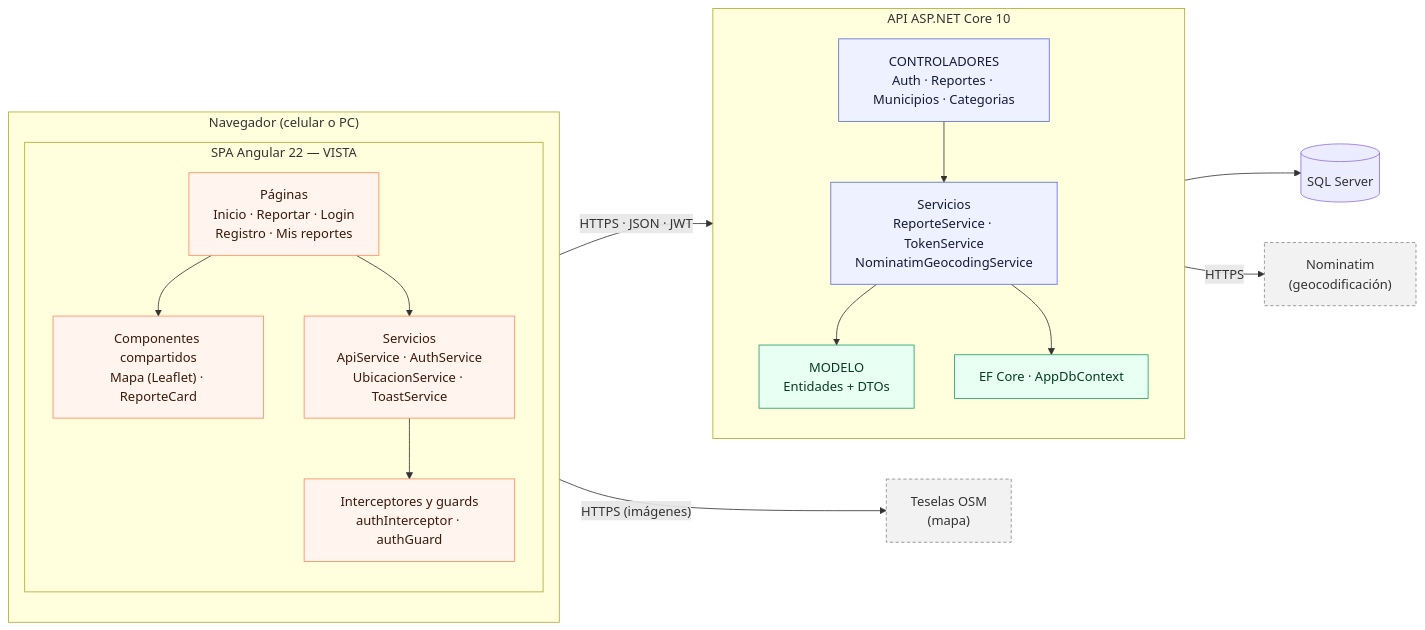
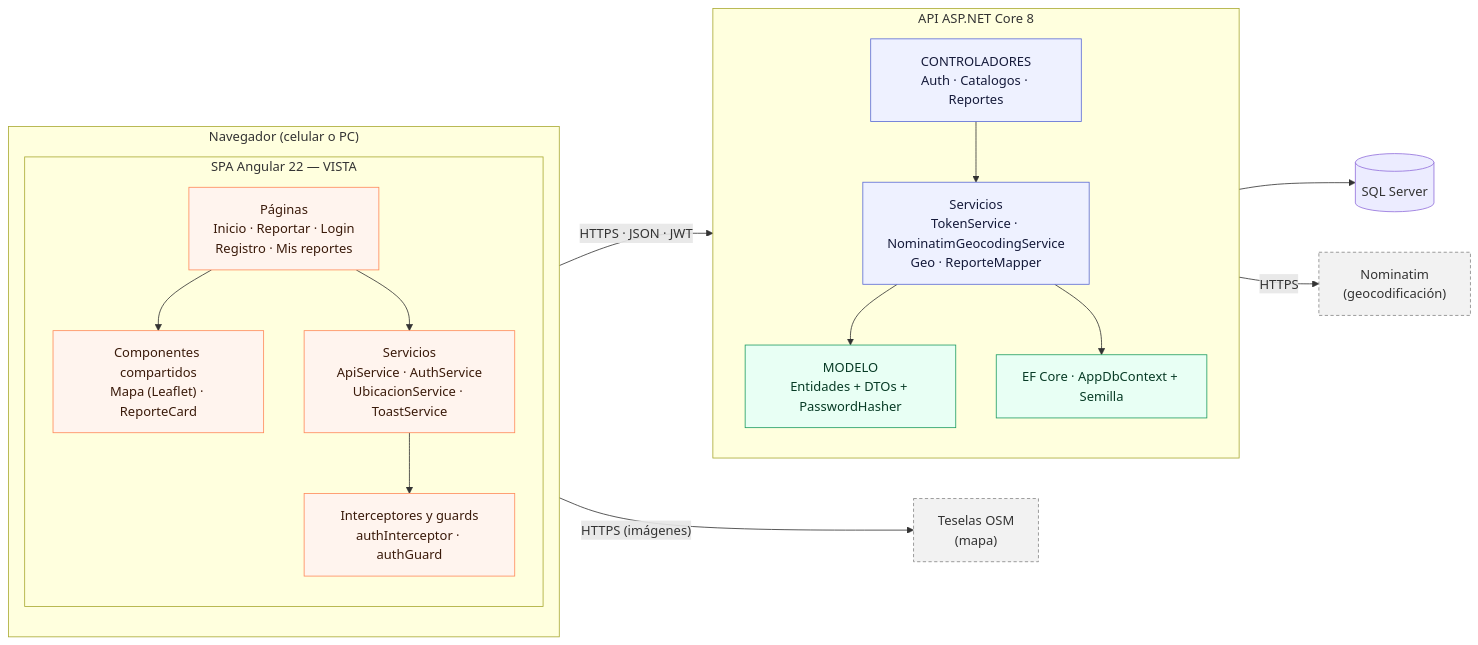
Before and after one commit to sergionieto1604/caminoSeguro: the tenth of 12 diagrams in docs/02-diagramas-uml.md, drawn with Mermaid. The commit also changed other lines of this file and 26 other files, not shown here.

Commit message:
Docs v1.1 alineados con el back real (.NET 8, PBKDF2, 6 categorias), Word en docs/entregables y alias 3-30

````diff
--- a/docs/02-diagramas-uml.md
+++ b/docs/02-diagramas-uml.md
@@ -554,44 +559,44 @@
 ```mermaid
 flowchart LR
     subgraph NAV["Navegador (celular o PC)"]
         direction TB
         subgraph SPA["SPA Angular 22 — VISTA"]
             P["Páginas<br/>Inicio · Reportar · Login<br/>Registro · Mis reportes"]
             SH["Componentes compartidos<br/>Mapa (Leaflet) · ReporteCard"]
             SV["Servicios<br/>ApiService · AuthService<br/>UbicacionService · ToastService"]
             IN["Interceptores y guards<br/>authInterceptor · authGuard"]
         end
     end
 
-    subgraph BE["API ASP.NET Core 10"]
+    subgraph BE["API ASP.NET Core 8"]
         direction TB
-        CT["CONTROLADORES<br/>Auth · Reportes · Municipios · Categorias"]
-        SR["Servicios<br/>ReporteService · TokenService<br/>NominatimGeocodingService"]
-        MD["MODELO<br/>Entidades + DTOs"]
-        EF["EF Core · AppDbContext"]
+        CT["CONTROLADORES<br/>Auth · Catalogos · Reportes"]
+        SR["Servicios<br/>TokenService · NominatimGeocodingService<br/>Geo · ReporteMapper"]
+        MD["MODELO<br/>Entidades + DTOs + PasswordHasher"]
+        EF["EF Core · AppDbContext + Semilla"]
     end
 
     DB[("SQL Server")]
     NOM["Nominatim<br/>(geocodificación)"]
     TIL["Teselas OSM<br/>(mapa)"]
 
     P --> SH
     P --> SV
     SV --> IN
     IN -- "HTTPS · JSON · JWT" --> CT
     CT --> SR
     SR --> MD
     SR --> EF
     EF --> DB
     SR -- "HTTPS" --> NOM
     SH -- "HTTPS (imágenes)" --> TIL
 
     classDef vista fill:#fff4ee,stroke:#ff8a5b,color:#3a1a0a
     classDef ctrl fill:#eef1ff,stroke:#5b6bd6,color:#151a3a
     classDef model fill:#e8fff4,stroke:#1f9d63,color:#073b25
     classDef ext fill:#f2f2f2,stroke:#888,stroke-dasharray:4 3,color:#333
     class P,SH,SV,IN vista
     class CT,SR ctrl
     class MD,EF model
     class NOM,TIL ext
 ```
````
